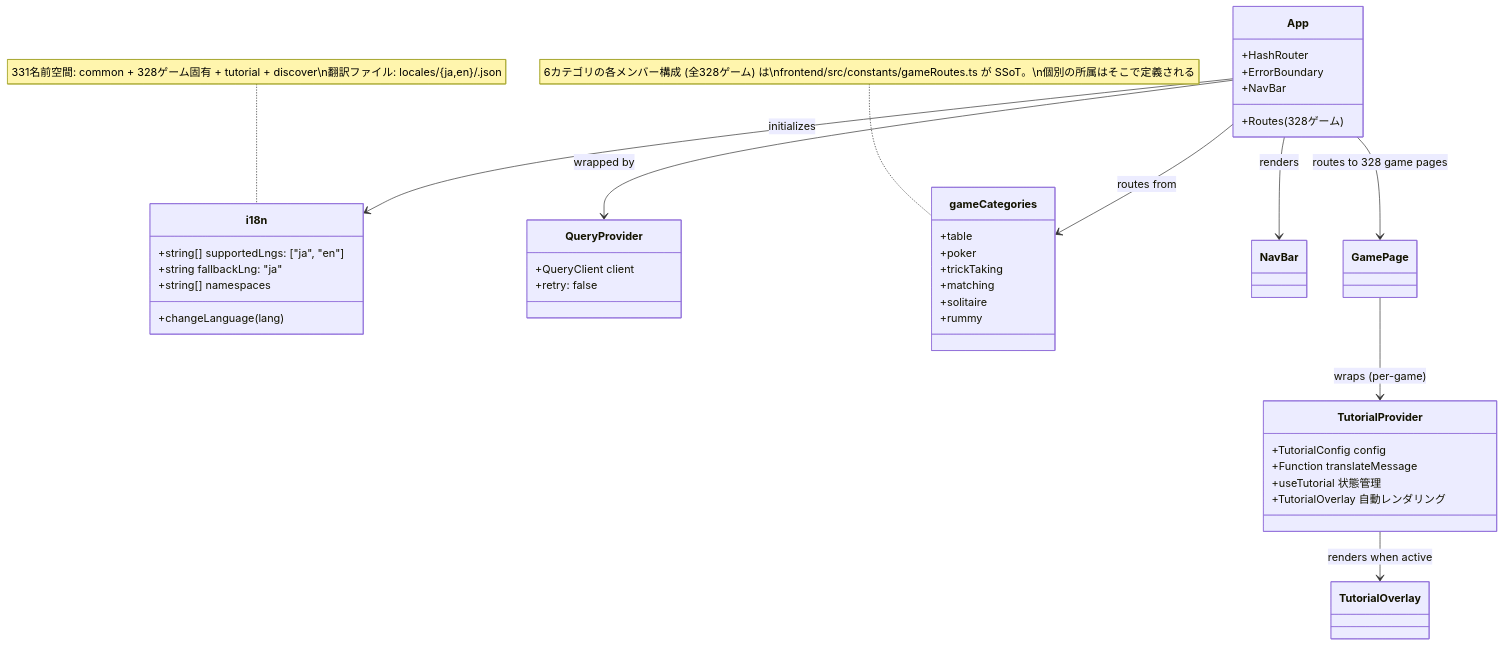
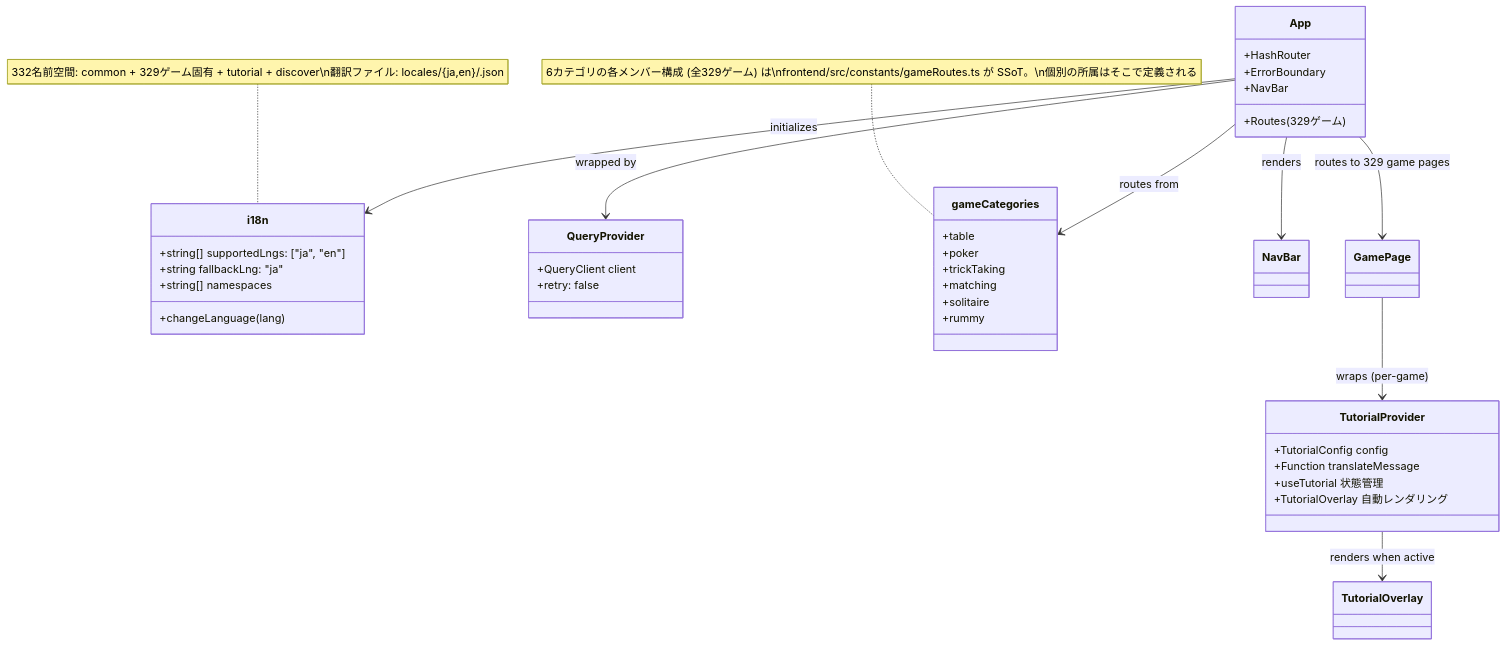
The ninth of 49 diagrams in docs/design/frontend.md (yuta-yoshinaga/go_trumpcards), drawn with Mermaid before and after one commit. The commit also changed other lines of this file and 63 other files, not shown here.

````diff
--- a/docs/design/frontend.md
+++ b/docs/design/frontend.md
@@ -1874,48 +1874,48 @@
 ```mermaid
 classDiagram
     class i18n {
         +string[] supportedLngs: ["ja", "en"]
         +string fallbackLng: "ja"
         +string[] namespaces
         +changeLanguage(lang)
     }
 
     class QueryProvider {
         +QueryClient client
         +retry: false
     }
 
     class App {
         +HashRouter
         +ErrorBoundary
         +NavBar
-        +Routes (328ゲーム)
+        +Routes (329ゲーム)
     }
 
     class gameCategories {
         +table
         +poker
         +trickTaking
         +matching
         +solitaire
         +rummy
     }
-    note for gameCategories "6カテゴリの各メンバー構成 (全328ゲーム) は\nfrontend/src/constants/gameRoutes.ts が SSoT。\n個別の所属はそこで定義される"
+    note for gameCategories "6カテゴリの各メンバー構成 (全329ゲーム) は\nfrontend/src/constants/gameRoutes.ts が SSoT。\n個別の所属はそこで定義される"
 
     class TutorialProvider {
         +TutorialConfig config
         +Function translateMessage
         +useTutorial 状態管理
         +TutorialOverlay 自動レンダリング
     }
 
     App --> QueryProvider : wrapped by
     App --> i18n : initializes
     App --> gameCategories : routes from
     App --> NavBar : renders
-    App --> GamePage : routes to 328 game pages
+    App --> GamePage : routes to 329 game pages
     GamePage --> TutorialProvider : wraps (per-game)
     TutorialProvider --> TutorialOverlay : renders when active
 
-    note for i18n "331名前空間: common + 328ゲーム固有 + tutorial + discover\n翻訳ファイル: locales/{ja,en}/<game>.json"
+    note for i18n "332名前空間: common + 329ゲーム固有 + tutorial + discover\n翻訳ファイル: locales/{ja,en}/<game>.json"
 ```
````
